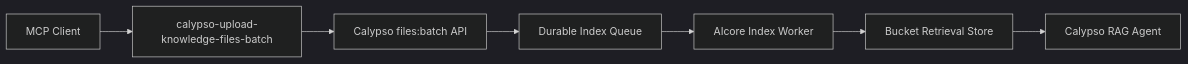
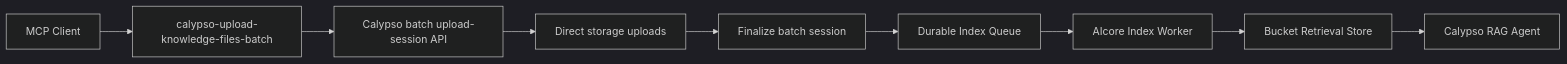
One commit to calypso-so/calypso-mcp-server changed the first of 2 diagrams in docs/BATCH_UPLOAD_FEATURE_COMPARISON_RAG_ANYTHING.md. Above: the diagram before and after it, drawn with Mermaid (dark theme). The commit also changed other lines of this file and 10 other files, not shown here.

First line of the commit message:
Update MCP uploads to session flow

````diff
--- a/docs/BATCH_UPLOAD_FEATURE_COMPARISON_RAG_ANYTHING.md
+++ b/docs/BATCH_UPLOAD_FEATURE_COMPARISON_RAG_ANYTHING.md
@@ -49,9 +50,11 @@
 ```mermaid
 flowchart LR
   userCall["MCP Client"] --> calypsoTool["calypso-upload-knowledge-files-batch"]
-  calypsoTool --> batchApi["Calypso files:batch API"]
-  batchApi --> durableQueue["Durable Index Queue"]
+  calypsoTool --> sessionApi["Calypso batch upload-session API"]
+  sessionApi --> directStorage["Direct storage uploads"]
+  directStorage --> finalize["Finalize batch session"]
+  finalize --> durableQueue["Durable Index Queue"]
   durableQueue --> indexWorker["AIcore Index Worker"]
   indexWorker --> bucketStore["Bucket Retrieval Store"]
   bucketStore --> ragAgent["Calypso RAG Agent"]
 ```
````
